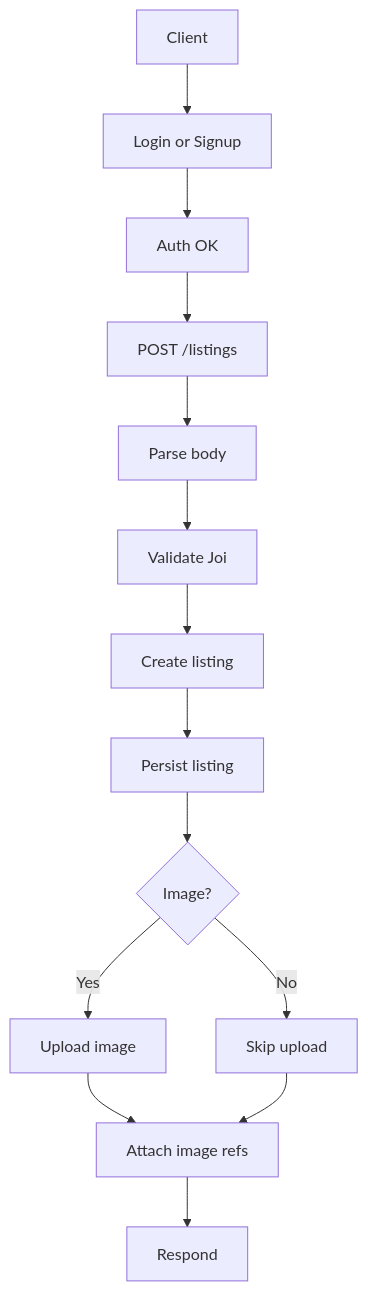
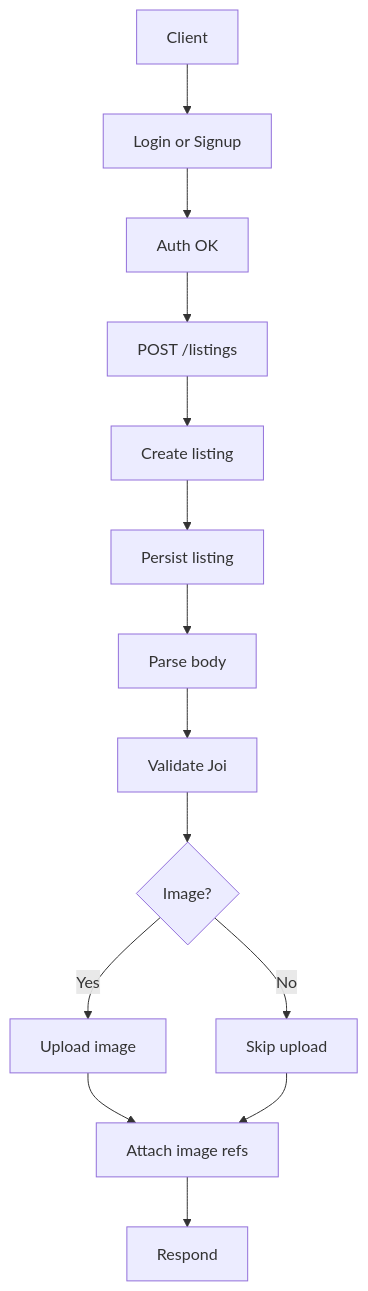
One commit to rootcode-creator/commercial-home-rent changed the diagram in README.md. Above: the diagram before and after it, drawn with Mermaid.

````diff
--- a/README.md
+++ b/README.md
@@ -203,16 +203,16 @@
 ```mermaid
 flowchart TD
     A[Client] --> B[Login or Signup]
     B --> C[Auth OK]
     C --> D[POST /listings]
-    D --> E[Parse body]
+    D --> G[Create listing]
+    G --> H[Persist listing]
+    H --> E[Parse body]
     E --> F[Validate Joi]
-    F --> G[Create listing]
-    G --> H[Persist listing]
-    H --> I{Image?}
+    F --> I{Image?}
     I -->|Yes| J[Upload image]
     I -->|No| L[Skip upload]
     J --> K[Attach image refs]
     L --> K
     K --> M[Respond]
 ```
````
